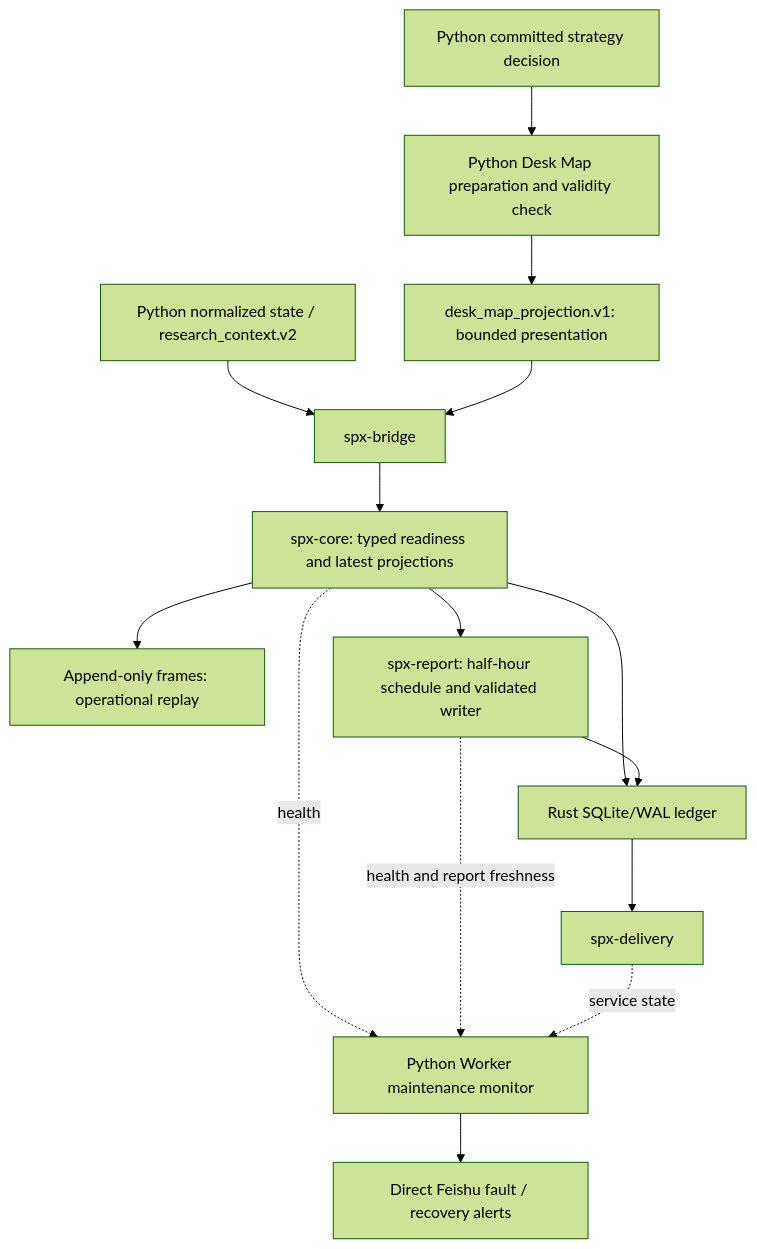
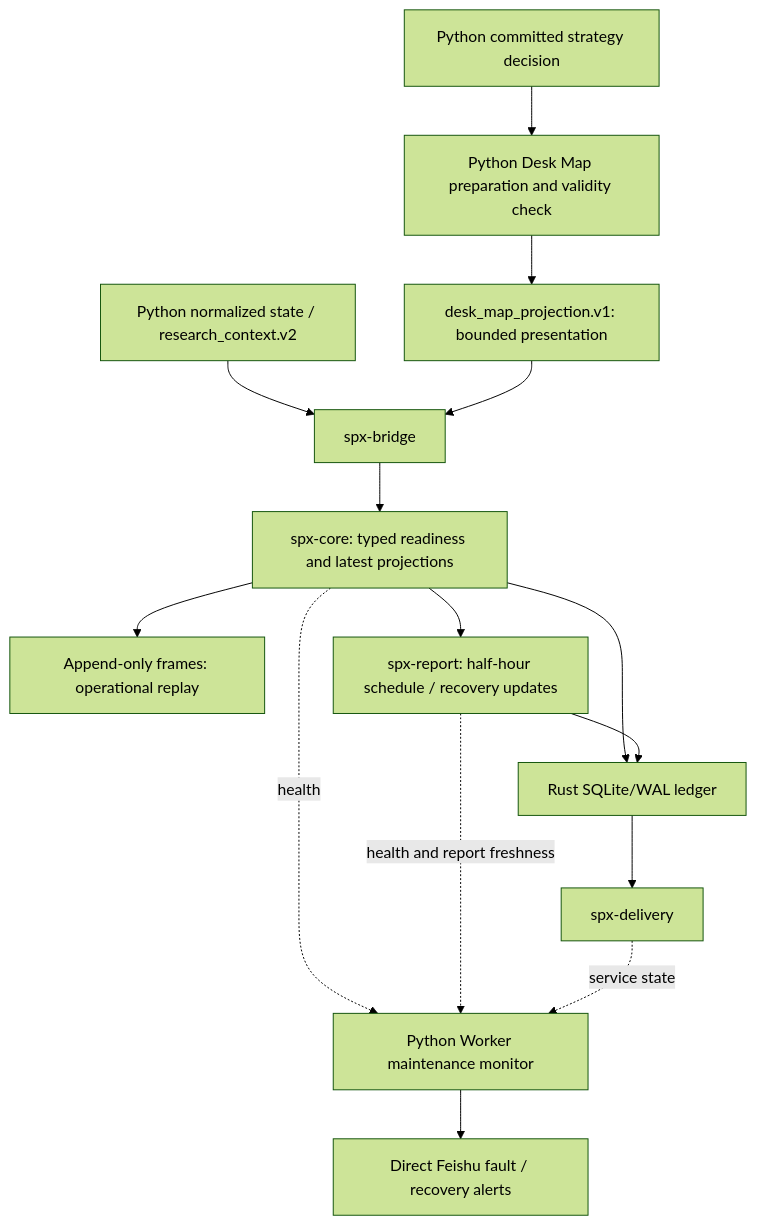
The diagram in rust/docs/ARCHITECTURE.md (hzy-hits/SpxOpDaily), drawn with Mermaid (forest theme) before and after one commit. The commit also changed other lines of this file and 146 other files, not shown here.

````diff
--- a/rust/docs/ARCHITECTURE.md
+++ b/rust/docs/ARCHITECTURE.md
@@ -22,17 +38,17 @@
 ```mermaid
 flowchart TD
     Data["Python normalized state / research_context.v2"] --> Bridge["spx-bridge"]
     Decision["Python committed strategy decision"] --> Desk["Python Desk Map preparation and validity check"]
     Desk --> Projection["desk_map_projection.v1: bounded presentation"]
     Projection --> Bridge
     Bridge --> Core["spx-core: typed readiness and latest projections"]
     Core --> Frames["Append-only frames: operational replay"]
-    Core --> Report["spx-report: half-hour schedule and validated writer"]
+    Core --> Report["spx-report: half-hour schedule / recovery updates"]
     Core --> Ledger["Rust SQLite/WAL ledger"]
     Report --> Ledger
     Ledger --> Delivery["spx-delivery"]
     Core -. health .-> Monitor["Python Worker maintenance monitor"]
     Report -. health and report freshness .-> Monitor
     Delivery -. service state .-> Monitor
     Monitor --> Feishu["Direct Feishu fault / recovery alerts"]
 ```
````
